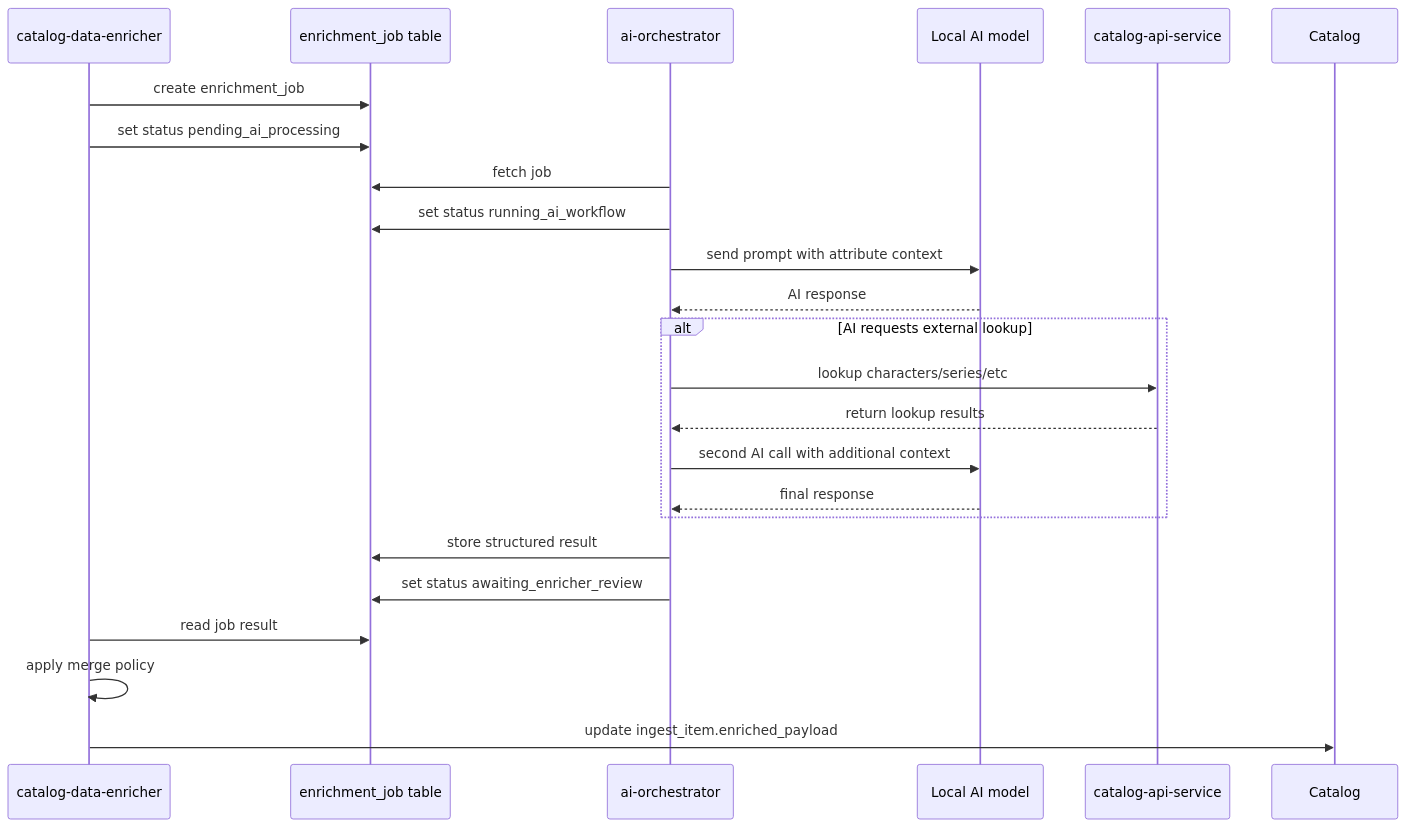
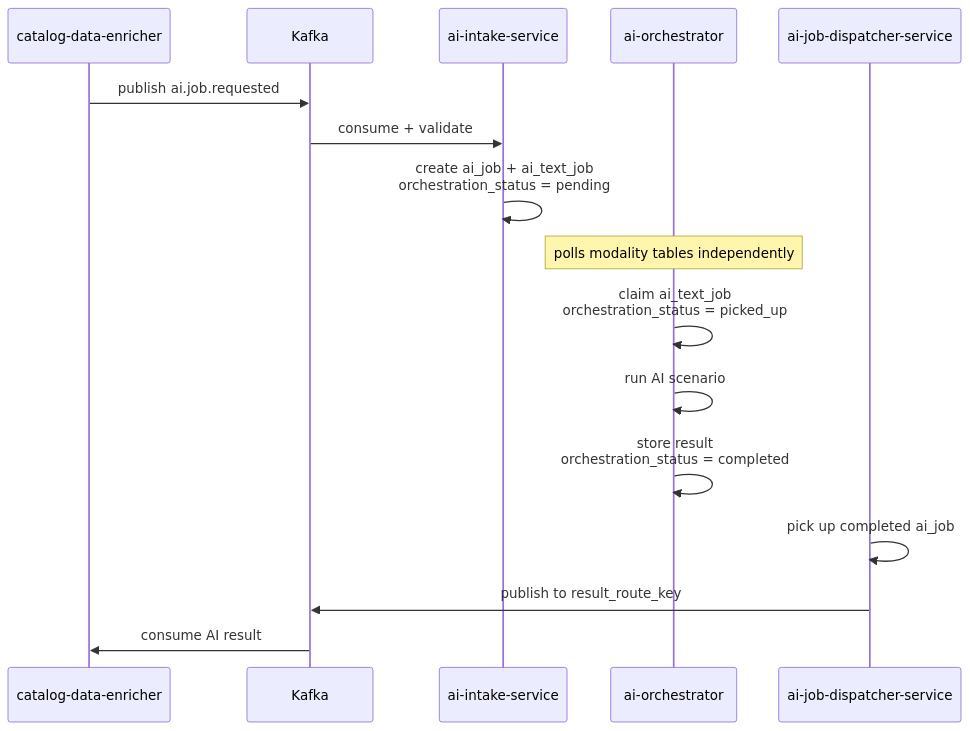
The first of 6 diagrams in monstrino-docs/docs/pipelines/data-ingestion/catalog-ingest/04-ai-orchestrator.md (MafiaCoconut/Monstrino), drawn with Mermaid before and after one commit. The commit also changed other lines of this file and 68 other files, not shown here.

````diff
--- a/monstrino-docs/docs/pipelines/data-ingestion/catalog-ingest/04-ai-orchestrator.md
+++ b/monstrino-docs/docs/pipelines/data-ingestion/catalog-ingest/04-ai-orchestrator.md
@@ -80,31 +23,19 @@
 ```mermaid
 sequenceDiagram
     participant Enricher as catalog-data-enricher
-    participant DB as enrichment_job table
-    participant AI as ai-orchestrator
-    participant Model as Local AI model
-    participant API as catalog-api-service
+    participant Kafka as Kafka
+    participant Intake as ai-intake-service
+    participant Orch as ai-orchestrator
+    participant Disp as ai-job-dispatcher-service
 
-    Enricher->>DB: create enrichment_job
-    Enricher->>DB: set status pending_ai_processing
-
-    AI->>DB: fetch job
-    AI->>DB: set status running_ai_workflow
-
-    AI->>Model: send prompt with attribute context
-    Model-->>AI: AI response
-
-    alt AI requests external lookup
-        AI->>API: lookup characters/series/etc
-        API-->>AI: return lookup results
-        AI->>Model: second AI call with additional context
-        Model-->>AI: final response
-    end
-
-    AI->>DB: store structured result
-    AI->>DB: set status awaiting_enricher_review
-
-    Enricher->>DB: read job result
-    Enricher->>Enricher: apply merge policy
-    Enricher->>Catalog: update ingest_item.enriched_payload
+    Enricher->>Kafka: publish ai.job.requested
+    Kafka->>Intake: consume + validate
+    Intake->>Intake: create ai_job + ai_text_job<br/>orchestration_status = pending
+    Note over Orch: polls modality tables independently
+    Orch->>Orch: claim ai_text_job<br/>orchestration_status = picked_up
+    Orch->>Orch: run AI scenario
+    Orch->>Orch: store result<br/>orchestration_status = completed
+    Disp->>Disp: pick up completed ai_job
+    Disp->>Kafka: publish to result_route_key
+    Kafka->>Enricher: consume AI result
 ```
````
